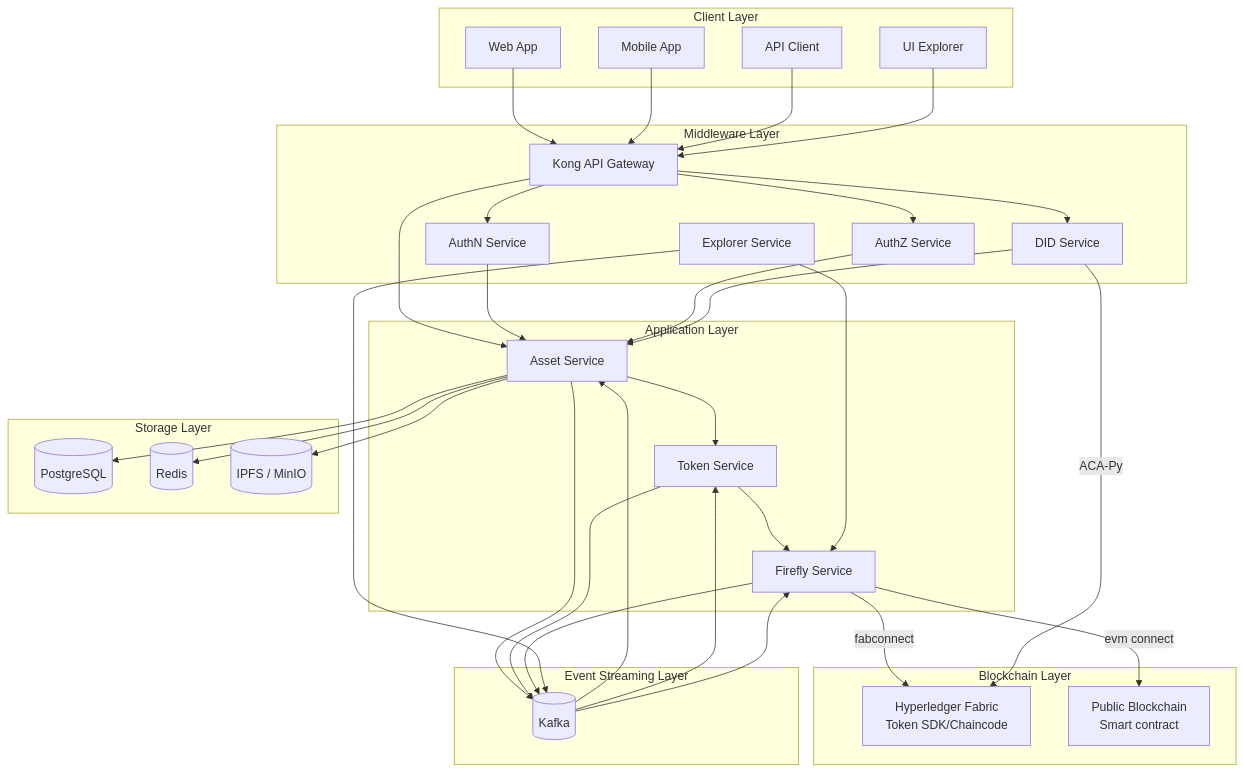
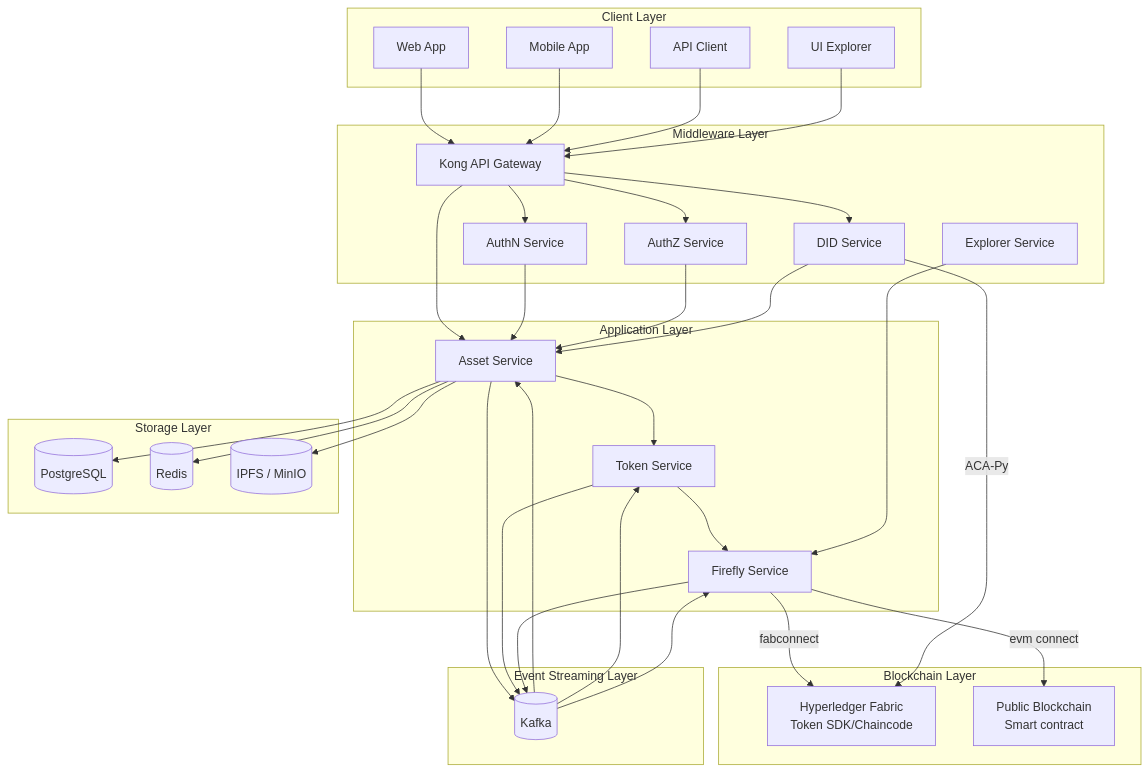
The first of 4 diagrams in docs/architecture-design.en.md (metafi-blockchain/metafi-digital-assets-service), drawn with Mermaid before and after one commit.

````diff
--- a/docs/architecture-design.en.md
+++ b/docs/architecture-design.en.md
@@ -19,73 +19,72 @@
 ```mermaid
 graph TD
     subgraph "Client Layer"
         Web[Web App]
         Mobile[Mobile App]
         API[API Client]
         Explorer[UI Explorer]
     end
 
     subgraph "Middleware Layer"
         Gateway[Kong API Gateway]
         AuthN[AuthN Service]
         AuthZ[AuthZ Service]
         DID["DID Service"]
         ExplorerService[Explorer Service]
     end
 
     subgraph "Application Layer"
         Asset[Asset Service]
         Token[Token Service]
         Firefly[Firefly Service]
 
     end
 
     subgraph "Blockchain Layer"
         Fabric["Hyperledger Fabric<br/>Token SDK/Chaincode"]
         PublicChain[Public Blockchain<br/>  Smart contract]
     end
 
     subgraph "Storage Layer"
         DB[(PostgreSQL)]
         Cache[(Redis)]
         Storage[(IPFS / MinIO)]
     end
 
     subgraph "Event Streaming Layer"
         Kafka[(Kafka)]
     end
 
     Web --> Gateway
     Mobile --> Gateway
     API --> Gateway
     Explorer --> Gateway
 
     Gateway --> AuthN
     Gateway --> AuthZ
     Gateway --> Asset
     Gateway --> DID
 
     AuthN --> Asset
     AuthZ --> Asset
     DID --> Asset
 
     Asset --> Token
     Token --> Firefly
     Firefly --> |fabconnect| Fabric
     Firefly --> |evm connect| PublicChain
 
     Asset --> DB
     Asset --> Cache
     Asset --> Storage
     DID -->|ACA-Py| Fabric
 
     Asset --> Kafka
     Kafka --> Asset
     Token --> Kafka
     Kafka --> Token
     Firefly --> Kafka
     Kafka --> Firefly
-    ExplorerService --> Kafka
 
     ExplorerService --> Firefly
 ```
````
